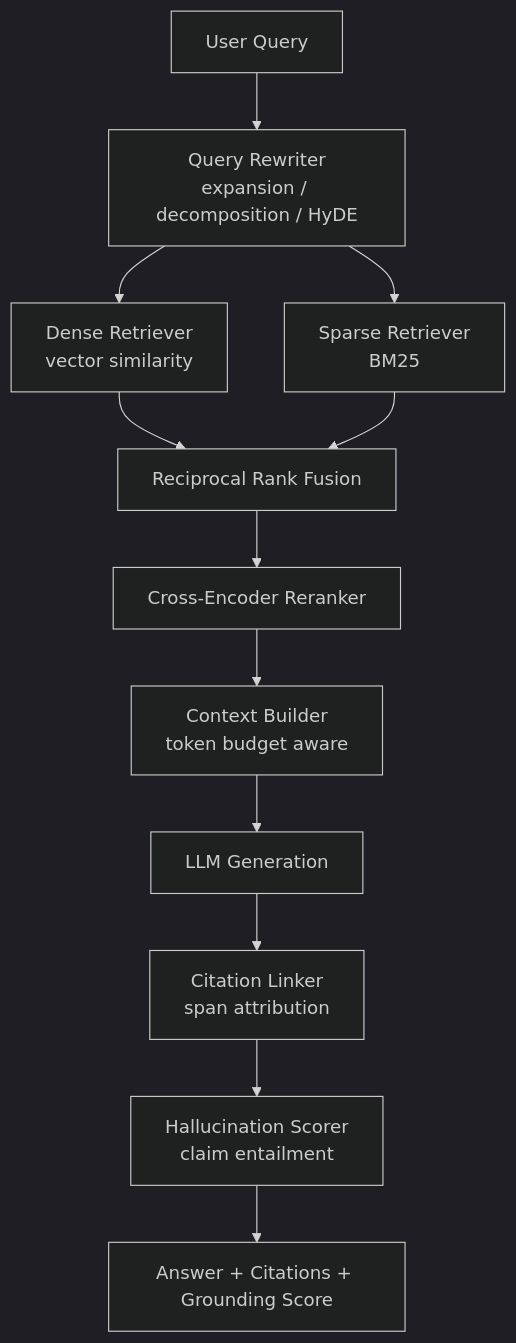
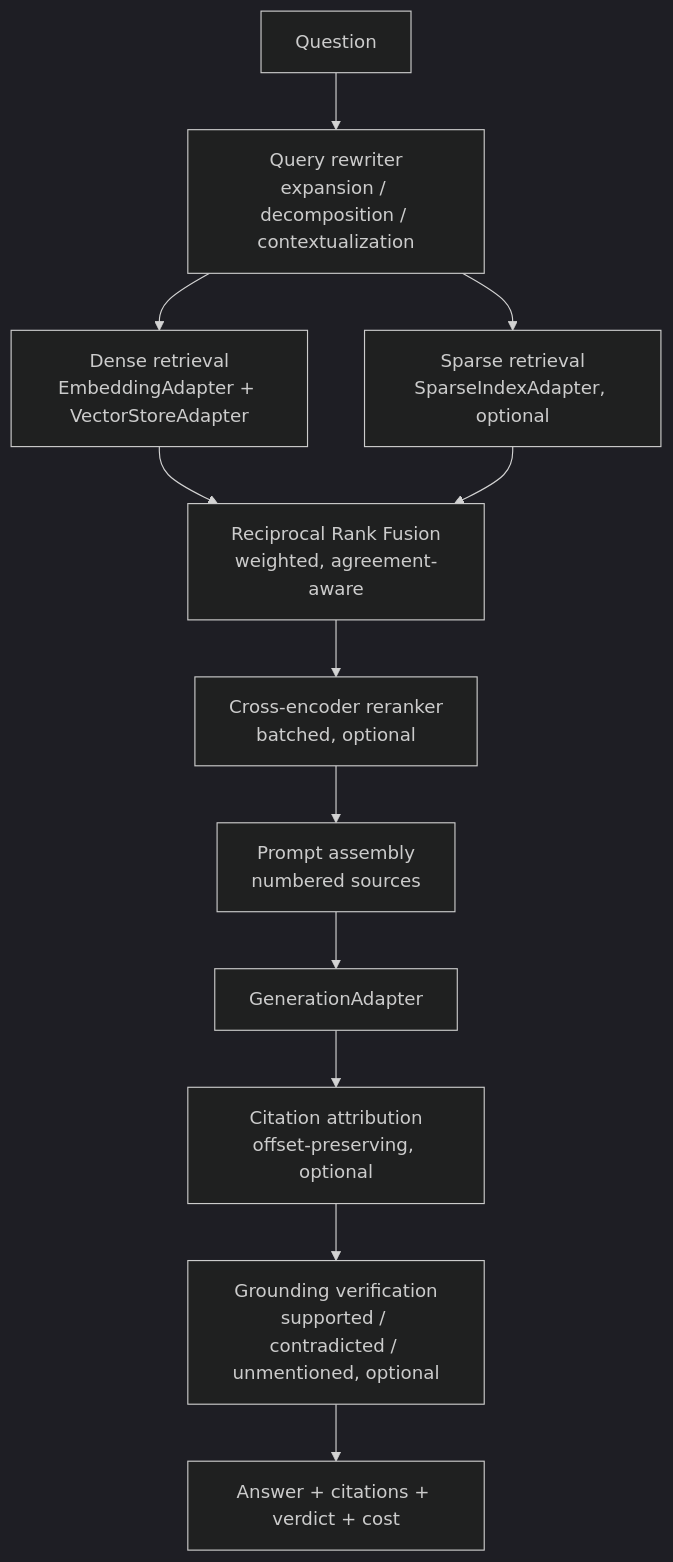
Before and after one commit to kreftamarcio/rag-engine: the diagram in README.md, drawn with Mermaid (dark theme). The commit also changed other lines of this file, not shown here.

````diff
--- a/README.md
+++ b/README.md
@@ -42,14 +130,14 @@
 ```mermaid
 flowchart TD
-    Q[User Query] --> RW[Query Rewriter<br/>expansion / decomposition / HyDE]
-    RW --> DS[Dense Retriever<br/>vector similarity]
-    RW --> SS[Sparse Retriever<br/>BM25]
-    DS --> RRF[Reciprocal Rank Fusion]
-    SS --> RRF
-    RRF --> RR[Cross-Encoder Reranker]
-    RR --> CB[Context Builder<br/>token budget aware]
-    CB --> LLM[LLM Generation]
-    LLM --> CL[Citation Linker<br/>span attribution]
-    CL --> HS[Hallucination Scorer<br/>claim entailment]
-    HS --> OUT[Answer + Citations + Grounding Score]
+    Q[Question] --> RW[Query rewriter<br/>expansion / decomposition / contextualization]
+    RW --> D[Dense retrieval<br/>EmbeddingAdapter + VectorStoreAdapter]
+    RW --> S[Sparse retrieval<br/>SparseIndexAdapter, optional]
+    D --> F[Reciprocal Rank Fusion<br/>weighted, agreement-aware]
+    S --> F
+    F --> R[Cross-encoder reranker<br/>batched, optional]
+    R --> P[Prompt assembly<br/>numbered sources]
+    P --> G[GenerationAdapter]
+    G --> C[Citation attribution<br/>offset-preserving, optional]
+    C --> H[Grounding verification<br/>supported / contradicted / unmentioned, optional]
+    H --> OUT[Answer + citations + verdict + cost]
 ```
````
